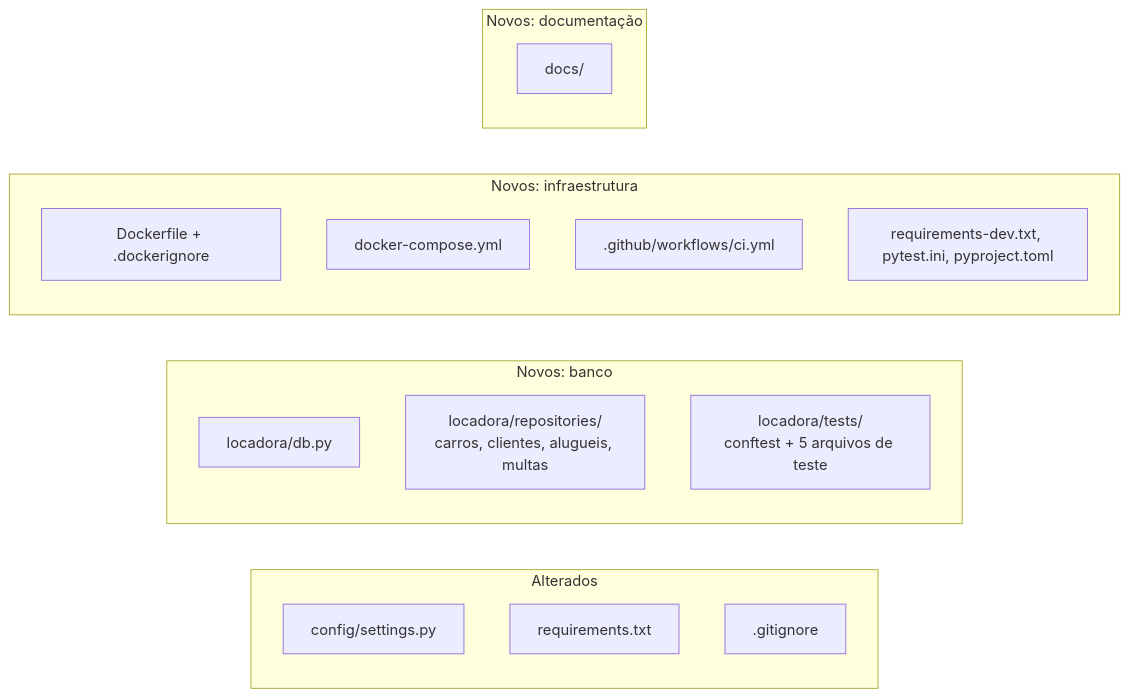
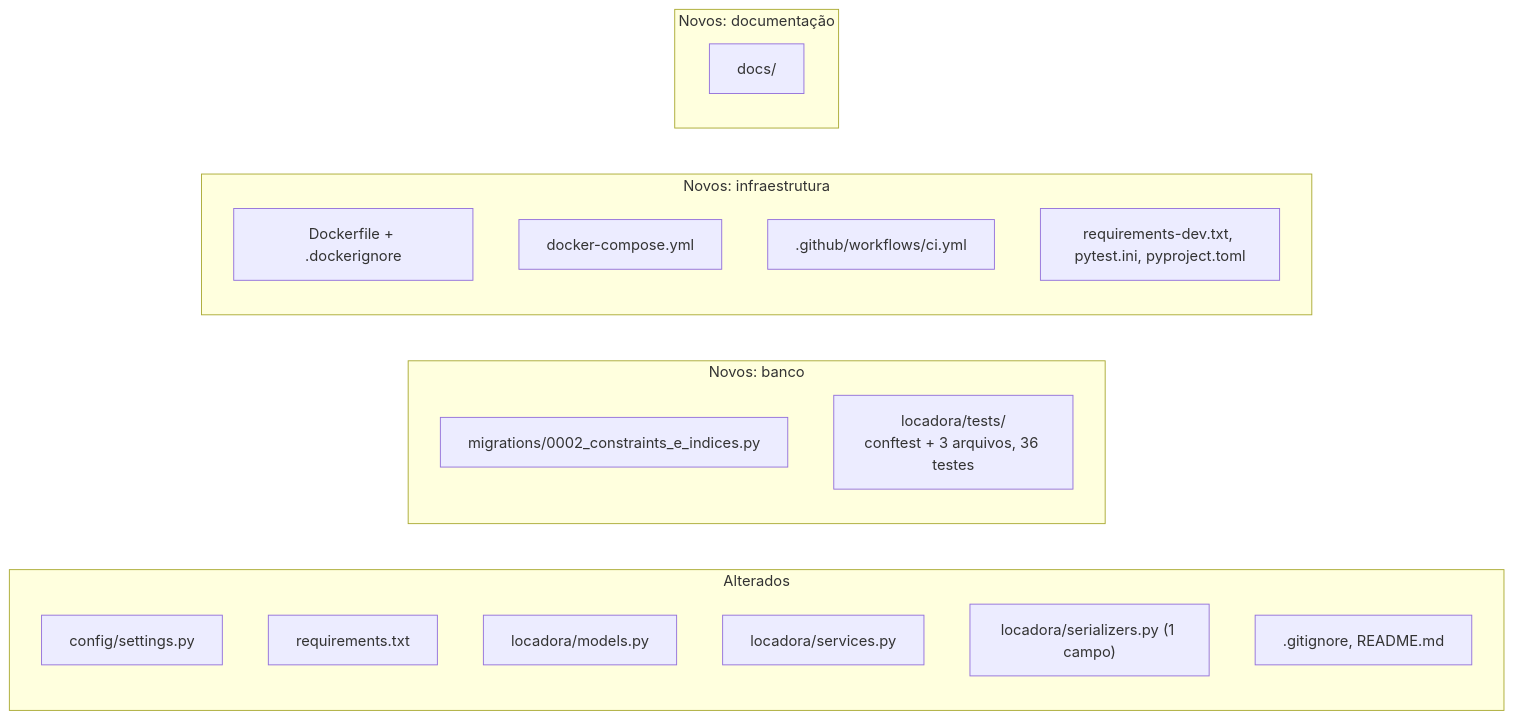
The diagram in docs/alteracoes-da-branch.md (Luizzzz28/PI---EasyCar_Luiz-Barbiana-Yandra), drawn with Mermaid before and after one commit. The commit also changed other lines of this file and 26 other files, not shown here.

````diff
--- a/docs/alteracoes-da-branch.md
+++ b/docs/alteracoes-da-branch.md
@@ -8,22 +8,24 @@
 ```mermaid
 flowchart LR
     subgraph ALT["Alterados"]
         A1["config/settings.py"]
         A2["requirements.txt"]
-        A3[".gitignore"]
+        A3["locadora/models.py"]
+        A4["locadora/services.py"]
+        A5["locadora/serializers.py (1 campo)"]
+        A6[".gitignore, README.md"]
     end
     subgraph NB["Novos: banco"]
-        N1["locadora/db.py"]
-        N2["locadora/repositories/<br/>carros, clientes, alugueis, multas"]
-        N3["locadora/tests/<br/>conftest + 5 arquivos de teste"]
+        N1["migrations/0002_constraints_e_indices.py"]
+        N2["locadora/tests/<br/>conftest + 3 arquivos, 36 testes"]
     end
     subgraph NI["Novos: infraestrutura"]
         N4["Dockerfile + .dockerignore"]
         N5["docker-compose.yml"]
         N6[".github/workflows/ci.yml"]
         N7["requirements-dev.txt, pytest.ini, pyproject.toml"]
     end
     subgraph ND["Novos: documentação"]
         N8["docs/"]
     end
 ```
````
